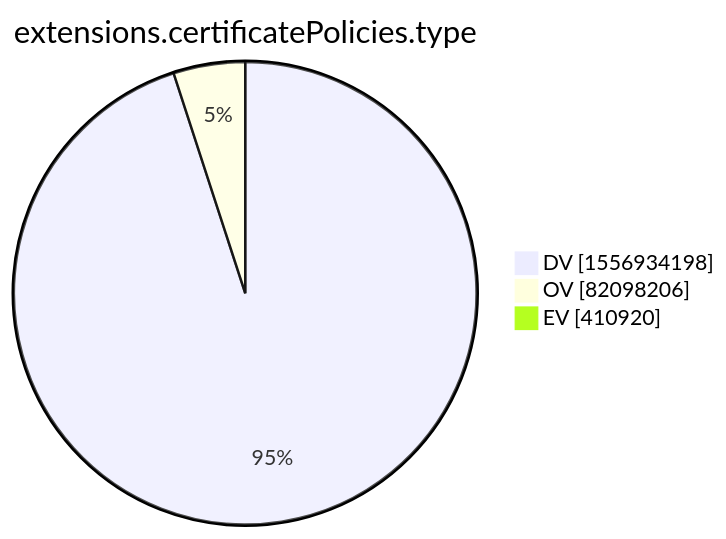
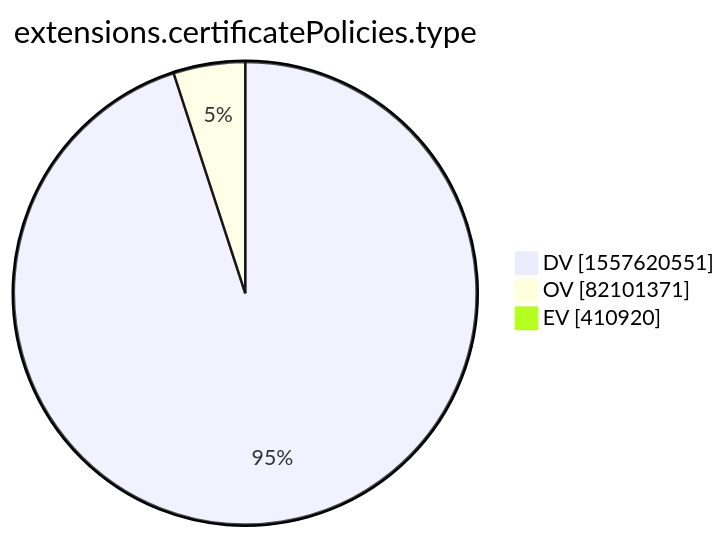
The tenth of 15 diagrams in xenon2022/README.md (christiankrug/ctmonitor_visualization), drawn with Mermaid before and after one commit. The commit also changed other lines of this file, not shown here.

````diff
--- a/xenon2022/README.md
+++ b/xenon2022/README.md
@@ -2876,7 +2876,7 @@
 ```mermaid
 pie showData
 title extensions.certificatePolicies.type
-"DV" :1556934198
-"OV" :82098206
+"DV" :1557620551
+"OV" :82101371
 "EV" :410920
 ```
````
